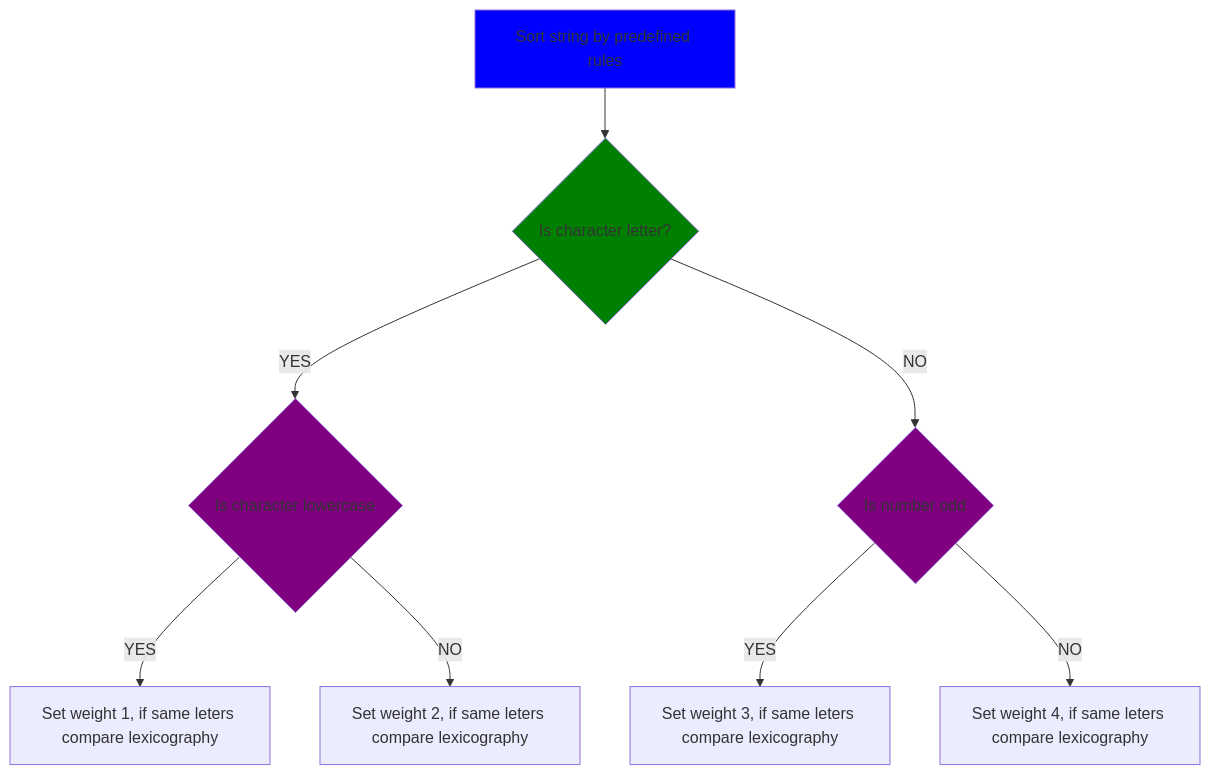
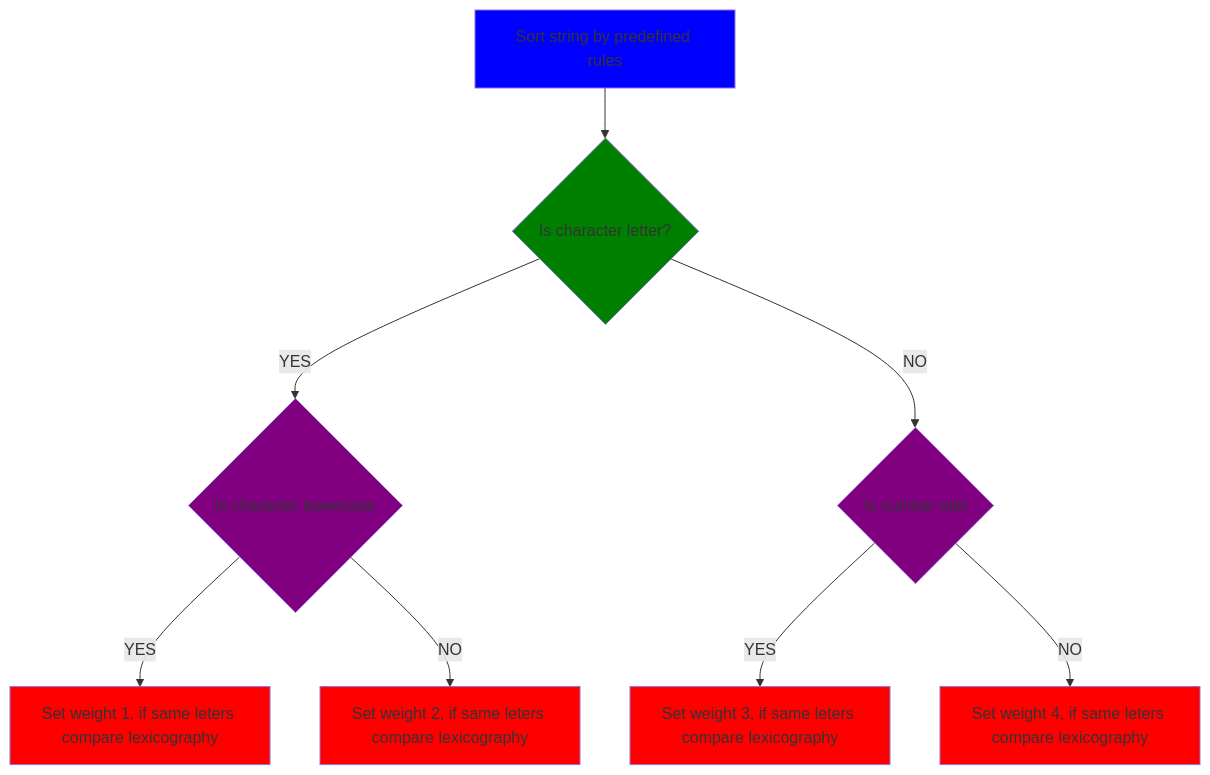
One commit to ilanaRam/python_learn_exercises changed the diagram in mermaid_sorting_string_by_rules.md. Above: the diagram before and after it, drawn with Mermaid. The commit also changed 7 other files, not shown here.

Commit message:
added diagrams created by mermaid and python diagrams tools

````diff
--- a/mermaid_sorting_string_by_rules.md
+++ b/mermaid_sorting_string_by_rules.md
@@ -8,28 +8,41 @@
 ```mermaid
     flowchart TD;
     
     SORT_STRING_BY_RULES["Sort string by predefined rules"]
     style SORT_STRING_BY_RULES fill:blue
 
     IS_CHAR_LETTER{Is character letter?}
     style IS_CHAR_LETTER fill:green
 
     IS_CHAR_LOWER{"Is character lowercase"}
     style IS_CHAR_LOWER fill:purple
 
     IS_CHAR_DIGIT{"Is number odd"}
     style IS_CHAR_DIGIT fill:purple
 
+    LOWER_CASE_ACTION["Set weight 1, if same leters compare lexicography"]
+    style LOWER_CASE_ACTION fill:red
+    
+    UPPER_CASE_ACTION["Set weight 2, if same leters compare lexicography"]
+    style UPPER_CASE_ACTION fill:red
+
+    ODD_NUMBER_ACTION["Set weight 3, if same leters compare lexicography"]
+    style ODD_NUMBER_ACTION fill:red
+
+    EVEN_NUMBER_ACTION["Set weight 4, if same leters compare lexicography"]
+    style EVEN_NUMBER_ACTION fill:red
+
+
 
     SORT_STRING_BY_RULES --> IS_CHAR_LETTER
 
     IS_CHAR_LETTER -- YES -->IS_CHAR_LOWER
     IS_CHAR_LETTER -- NO -->IS_CHAR_DIGIT
 
-    IS_CHAR_LOWER -- YES --> LOWER_CASE_ACTION["Set weight 1, if same leters compare lexicography"]
-    IS_CHAR_LOWER -- NO --> UPPER_CASE_ACTION["Set weight 2, if same leters compare lexicography"]
+    IS_CHAR_LOWER -- YES --> LOWER_CASE_ACTION
+    IS_CHAR_LOWER -- NO --> UPPER_CASE_ACTION
 
-    IS_CHAR_DIGIT -- YES --> ODD_NUMBER_ACTION["Set weight 3, if same leters compare lexicography"]
-    IS_CHAR_DIGIT -- NO --> EVEN_NUMBER_ACTION["Set weight 4, if same leters compare lexicography"]
+    IS_CHAR_DIGIT -- YES --> ODD_NUMBER_ACTION
+    IS_CHAR_DIGIT -- NO --> EVEN_NUMBER_ACTION
 
 ```
````
